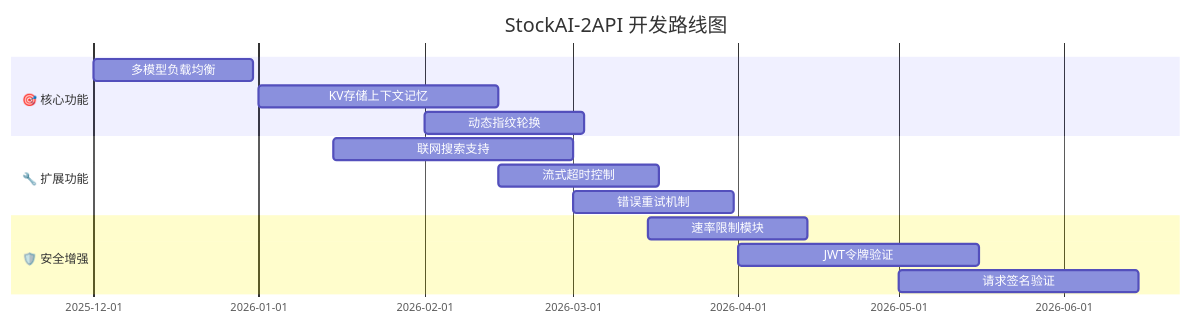
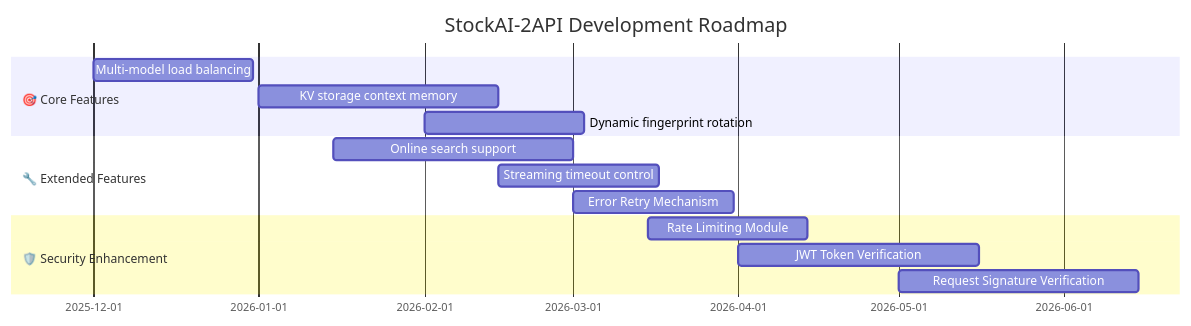
The second of 2 diagrams in README.md (iemabdullah/Gemini-3-Pro), drawn with Mermaid before and after one commit. The commit also changed other lines of this file, not shown here.

````diff
--- a/README.md
+++ b/README.md
@@ -519,19 +805,32 @@
 ```mermaid
 gantt
-    title StockAI-2API 开发路线图
-    dateFormat  YYYY-MM-DD
-    section 🎯 核心功能
-    多模型负载均衡      :2025-12-01, 30d
-    KV存储上下文记忆     :2026-01-01, 45d
-    动态指纹轮换        :2026-02-01, 30d
-    
-    section 🔧 扩展功能
-    联网搜索支持        :2026-01-15, 45d
-    流式超时控制        :2026-02-15, 30d
-    错误重试机制        :2026-03-01, 30d
-    
-    section 🛡️ 安全增强
-    速率限制模块        :2026-03-15, 30d
-    JWT令牌验证         :2026-04-01, 45d
-    请求签名验证        :2026-05-01, 45d
+
+title StockAI-2API Development Roadmap
+
+dateFormat YYYY-MM-DD
+
+section 🎯 Core Features
+
+Multi-model load balancing: 2025-12-01, 30d
+
+KV storage context memory: 2026-01-01, 45d
+
+Dynamic fingerprint rotation: 2026-02-01, 30d
+
+section 🔧 Extended Features
+
+Online search support: 2026-01-15, 45d
+
+Streaming timeout control: 2026-02-15, 30d
+
+Error Retry Mechanism: 2026-03-01, 30d
+
+Section 🛡️ Security Enhancement
+
+Rate Limiting Module: 2026-03-15, 30d
+
+JWT Token Verification: 2026-04-01, 45d
+
+Request Signature Verification: 2026-05-01, 45d
+
 ```
````
